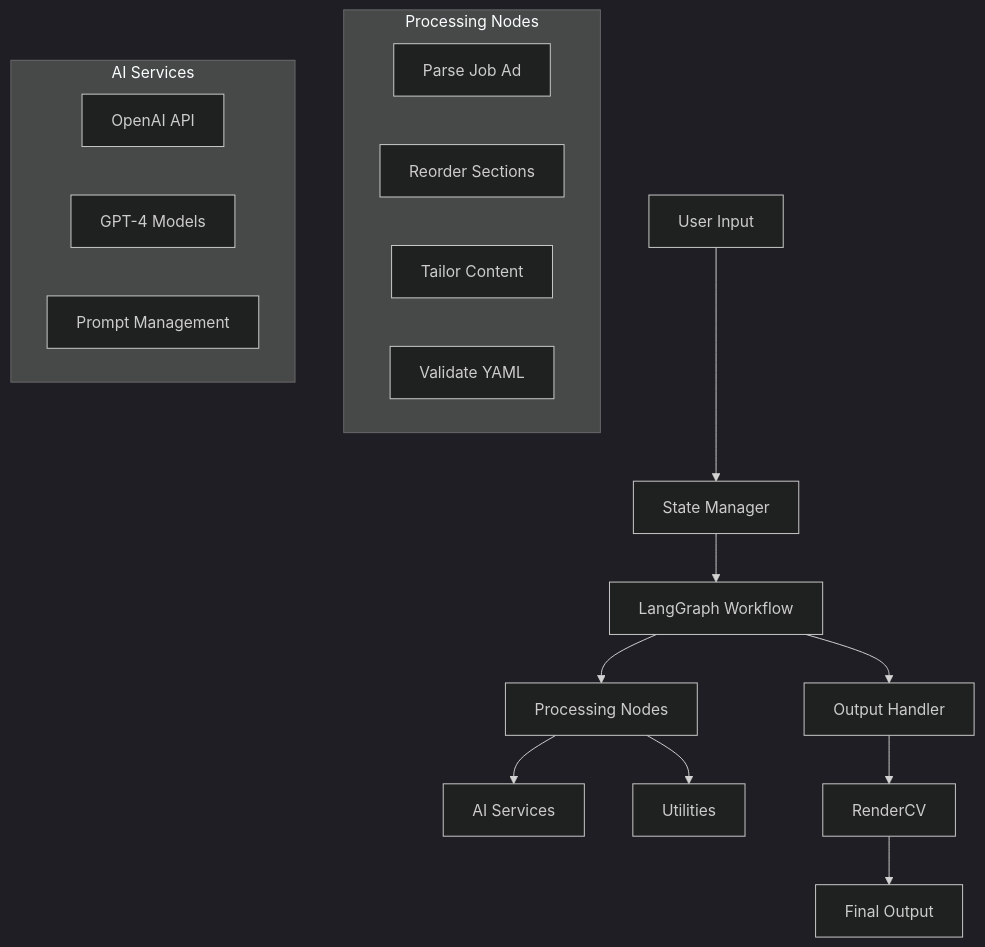
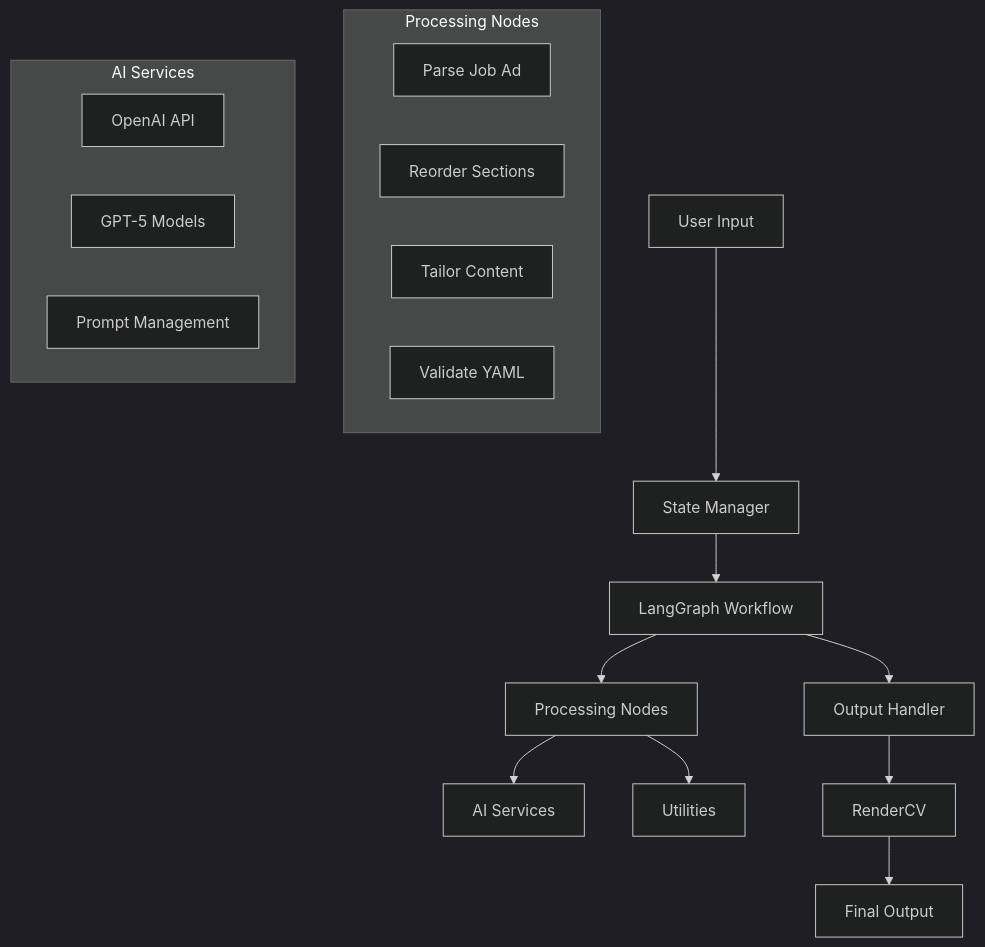
Before and after one commit to nigelnuique/resume_agent: the first of 2 diagrams in DEVELOPER_GUIDE.md, drawn with Mermaid (dark theme). The commit also changed other lines of this file and 13 other files, not shown here.

````diff
--- a/DEVELOPER_GUIDE.md
+++ b/DEVELOPER_GUIDE.md
@@ -27,24 +27,24 @@
 ```mermaid
 graph TB
     A[User Input] --> B[State Manager]
     B --> C[LangGraph Workflow]
     C --> D[Processing Nodes]
     D --> E[AI Services]
     D --> F[Utilities]
     C --> G[Output Handler]
     G --> H[RenderCV]
     H --> I[Final Output]
     
     subgraph "Processing Nodes"
         D1[Parse Job Ad]
         D2[Reorder Sections]
         D3[Tailor Content]
         D4[Validate YAML]
     end
     
     subgraph "AI Services"
         E1[OpenAI API]
-        E2[GPT-4 Models]
+        E2[GPT-5 Models]
         E3[Prompt Management]
     end
 ```
````
